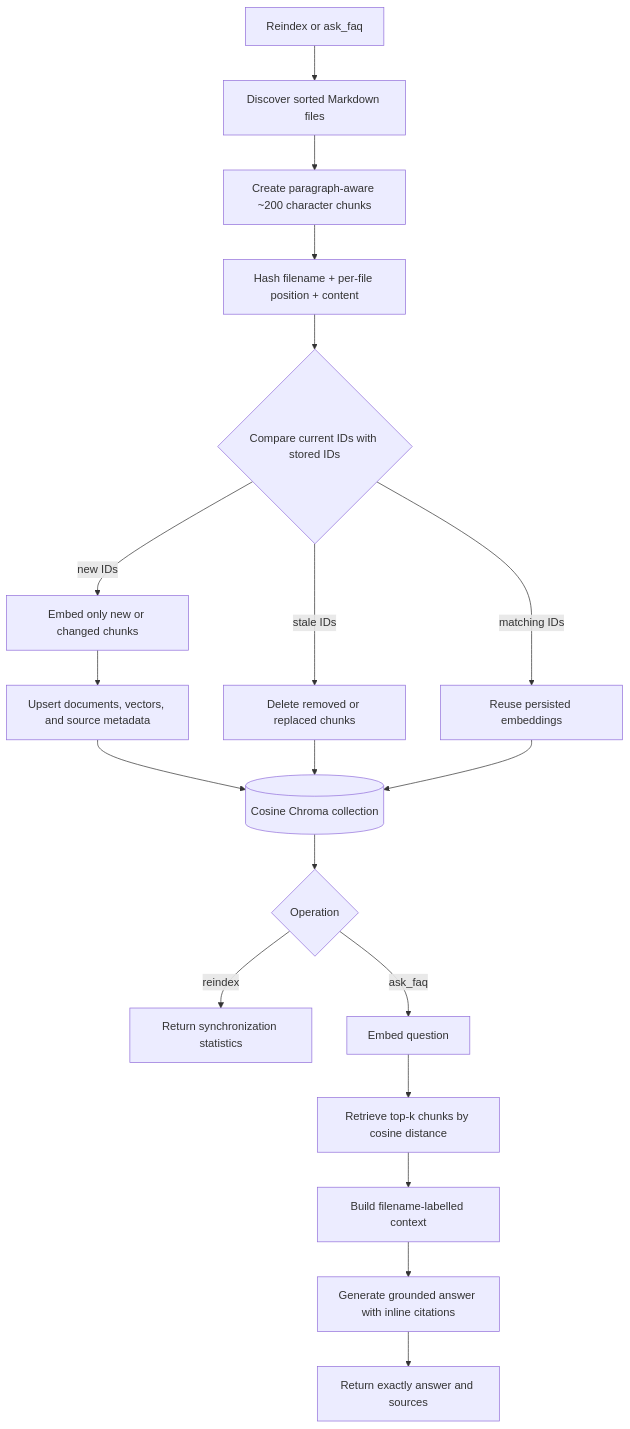
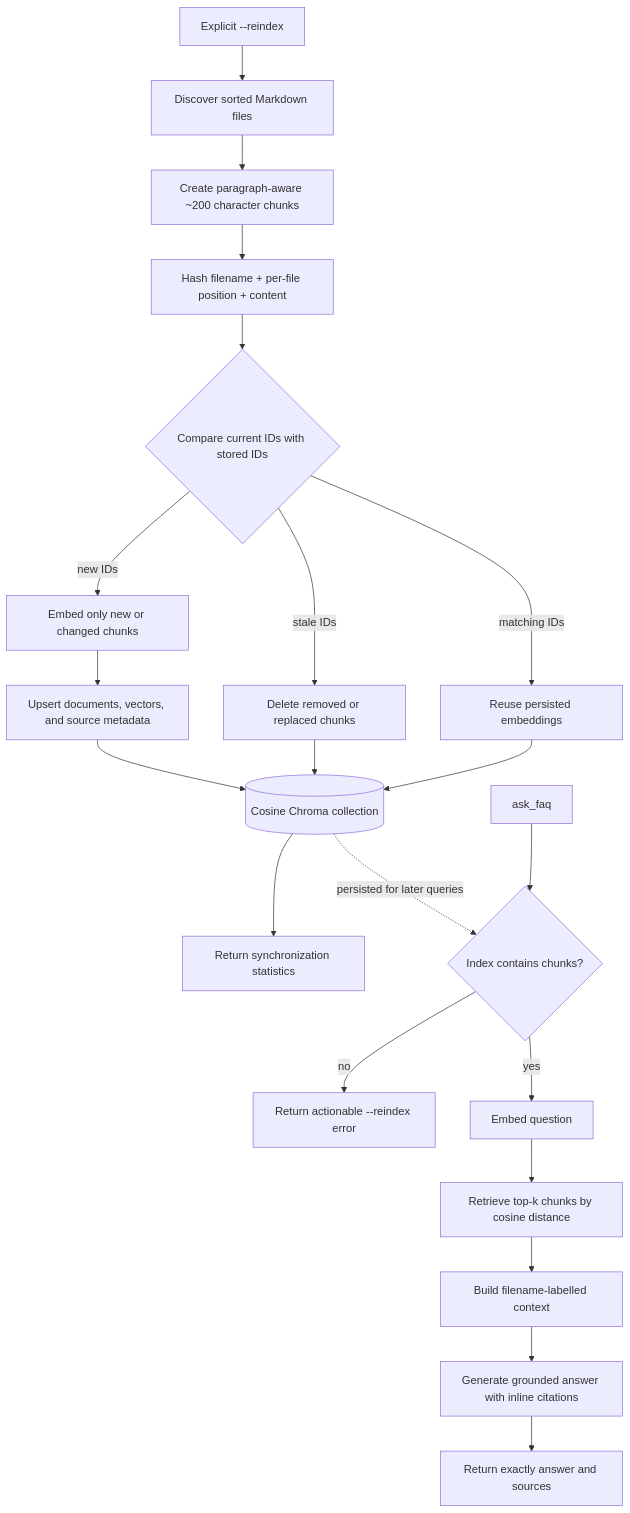
The second of 2 diagrams in README.md (briantwalter/ragmcp), drawn with Mermaid before and after one commit. The commit also changed other lines of this file and 2 other files, not shown here.

````diff
--- a/README.md
+++ b/README.md
@@ -47,23 +47,26 @@
 ```mermaid
 flowchart TD
-    Start["Reindex or ask_faq"] --> Discover["Discover sorted Markdown files"]
+    Reindex["Explicit --reindex"] --> Discover["Discover sorted Markdown files"]
     Discover --> Chunk["Create paragraph-aware ~200 character chunks"]
     Chunk --> IDs["Hash filename + per-file position + content"]
     IDs --> Compare{"Compare current IDs with stored IDs"}
 
     Compare -->|new IDs| EmbedNew["Embed only new or changed chunks"]
     EmbedNew --> Upsert["Upsert documents, vectors, and source metadata"]
     Compare -->|stale IDs| Delete["Delete removed or replaced chunks"]
     Compare -->|matching IDs| Reuse["Reuse persisted embeddings"]
     Upsert --> Ready[("Cosine Chroma collection")]
     Delete --> Ready
     Reuse --> Ready
 
-    Ready --> Mode{"Operation"}
-    Mode -->|reindex| Stats["Return synchronization statistics"]
-    Mode -->|ask_faq| EmbedQuery["Embed question"]
+    Ready --> Stats["Return synchronization statistics"]
+
+    Ask["ask_faq"] --> Existing{"Index contains chunks?"}
+    Existing -->|no| Error["Return actionable --reindex error"]
+    Existing -->|yes| EmbedQuery["Embed question"]
+    Ready -. persisted for later queries .-> Existing
     EmbedQuery --> Retrieve["Retrieve top-k chunks by cosine distance"]
     Retrieve --> Context["Build filename-labelled context"]
     Context --> LLM["Generate grounded answer with inline citations"]
     LLM --> Output["Return exactly answer and sources"]
 ```
````
